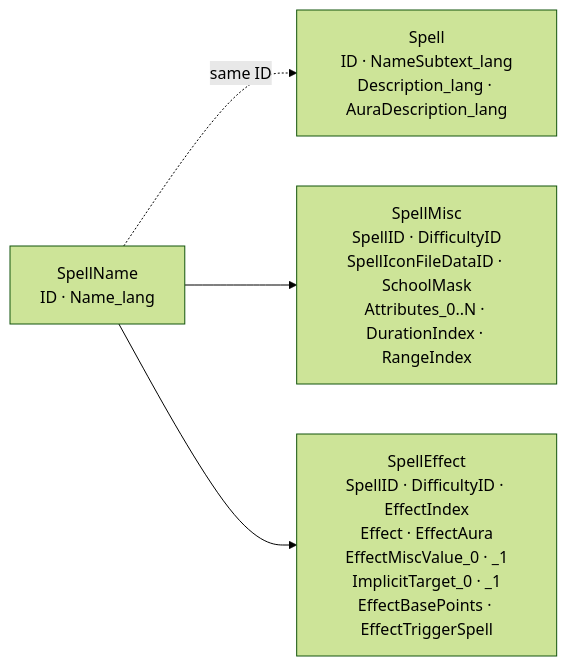
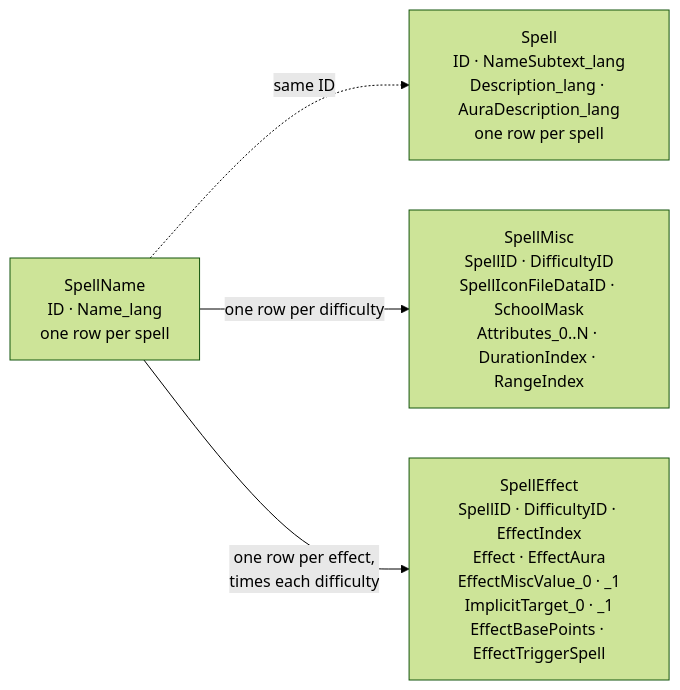
Before and after one commit to Natans8/Epsilook: the second of 8 diagrams in docs/DATA_ROUTES.md, drawn with Mermaid (forest theme). The commit also changed other lines of this file, not shown here.

````diff
--- a/docs/DATA_ROUTES.md
+++ b/docs/DATA_ROUTES.md
@@ -118,10 +118,10 @@
 ```mermaid
 flowchart LR
-    SN["SpellName<br/>ID · Name_lang"]
-    SP["Spell<br/>ID · NameSubtext_lang<br/>Description_lang · AuraDescription_lang"]
+    SN["SpellName<br/>ID · Name_lang<br/>one row per spell"]
+    SP["Spell<br/>ID · NameSubtext_lang<br/>Description_lang · AuraDescription_lang<br/>one row per spell"]
     SM["SpellMisc<br/>SpellID · DifficultyID<br/>SpellIconFileDataID · SchoolMask<br/>Attributes_0..N · DurationIndex · RangeIndex"]
     SE["SpellEffect<br/>SpellID · DifficultyID · EffectIndex<br/>Effect · EffectAura<br/>EffectMiscValue_0 · _1<br/>ImplicitTarget_0 · _1<br/>EffectBasePoints · EffectTriggerSpell"]
     SN -.->|"same ID"| SP
-    SN --> SM
-    SN --> SE
+    SN -->|"one row per difficulty"| SM
+    SN -->|"one row per effect,<br/>times each difficulty"| SE
 ```
````
